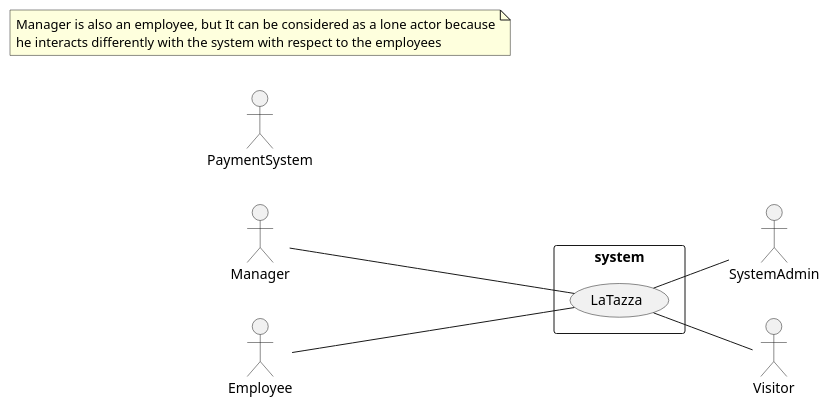
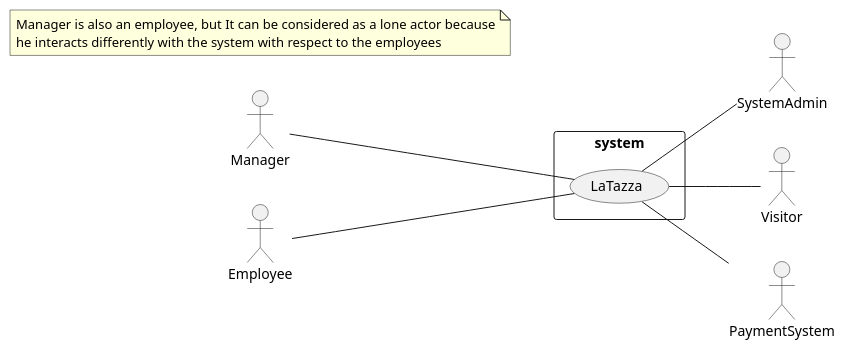
Before and after one commit to salvatore-dimartino/LaTazza: the diagram in project/Context_Diagram_and_Interfaces.md, drawn with PlantUML.

````diff
--- a/project/Context_Diagram_and_Interfaces.md
+++ b/project/Context_Diagram_and_Interfaces.md
@@ -5,26 +5,27 @@
 ```plantuml
 @startuml
 
 left to right direction
 
 skinparam packageStyle rectangle
 
 actor Manager as m
 actor Employee as e
 actor SystemAdmin as sa
 actor Visitor as v
 actor PaymentSystem as ps
 
 rectangle system {
 	(LaTazza) as l
 }
 
 m -- l
 e -- l
 l -- sa
 l -- v 
+l -- ps
 
 note "Manager is also an employee, but It can be considered as a lone actor because\nhe interacts differently with the system with respect to the employees" as n
 
 @enduml
 ```
````
